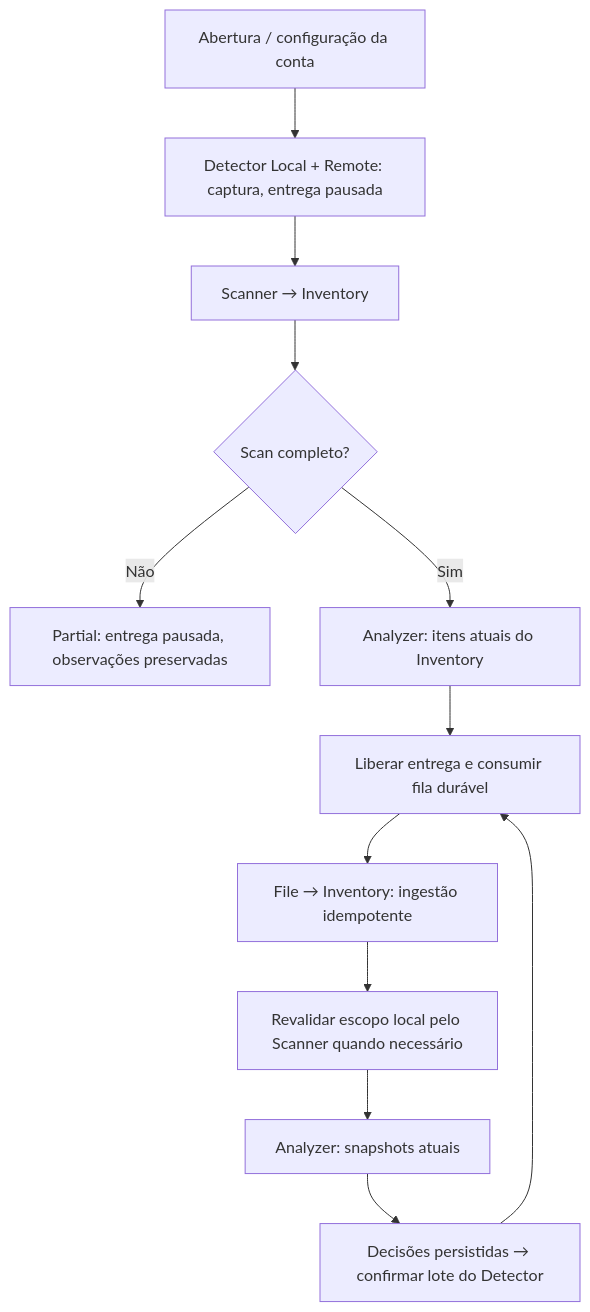
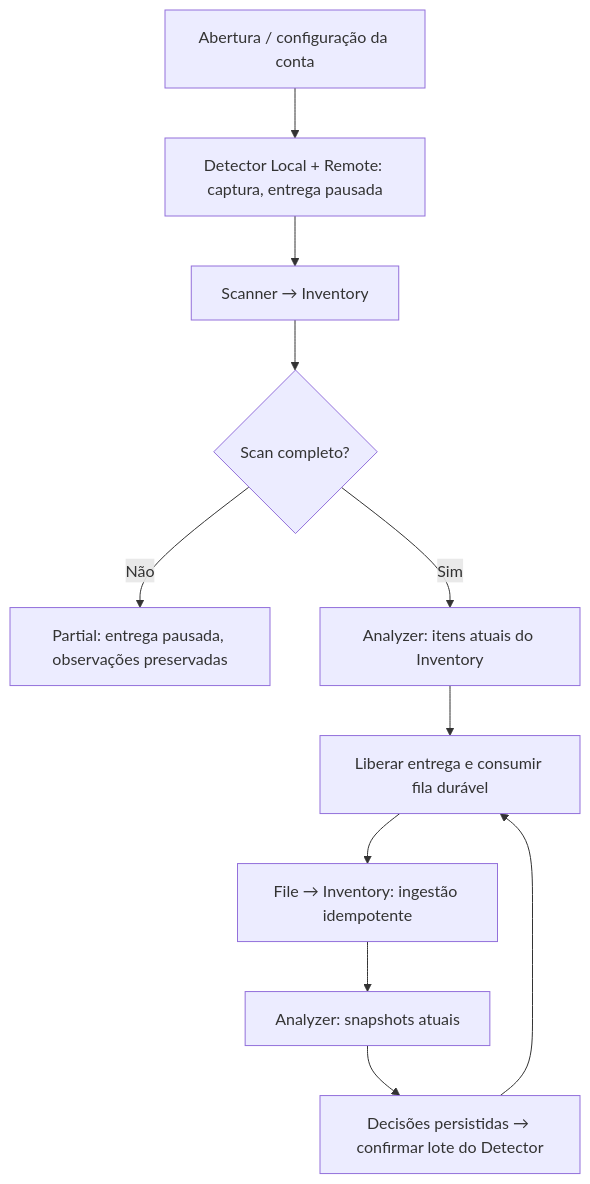
One commit to rafatosta/drivesync changed the diagram in docs/engine/orchestrator/README.md. Above: the diagram before and after it, drawn with Mermaid. The commit also changed other lines of this file and 10 other files, not shown here.

First line of the commit message:
fix(orchestrator): keep full scans out of live event flow

````diff
--- a/docs/engine/orchestrator/README.md
+++ b/docs/engine/orchestrator/README.md
@@ -8,14 +8,13 @@
 ```mermaid
 flowchart TD
   A["Abertura / configuração da conta"] --> D["Detector Local + Remote: captura, entrega pausada"]
   D --> S["Scanner → Inventory"]
   S --> B{"Scan completo?"}
   B -->|Não| P["Partial: entrega pausada, observações preservadas"]
   B -->|Sim| I["Analyzer: itens atuais do Inventory"]
   I --> R["Liberar entrega e consumir fila durável"]
   R --> E["File → Inventory: ingestão idempotente"]
-  E --> C["Revalidar escopo local pelo Scanner quando necessário"]
-  C --> N["Analyzer: snapshots atuais"]
+  E --> N["Analyzer: snapshots atuais"]
   N --> K["Decisões persistidas → confirmar lote do Detector"]
   K --> R
 ```
````
